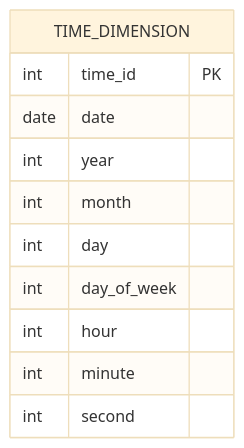
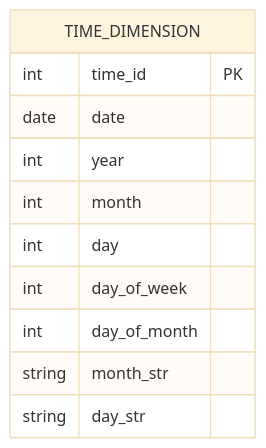
Before and after one commit to LONG-TERM-EFFECTS-OF-SUFFERING/Rapidos_y_Furiosos_data_warehouse: the sixth of 9 diagrams in dimensions_and_data_marts.md, drawn with Mermaid (base theme). The commit also changed 6 other files, not shown here.

````diff
--- a/dimensions_and_data_marts.md
+++ b/dimensions_and_data_marts.md
@@ -70,14 +70,14 @@
 ```MERMAID
 erDiagram
     TIME_DIMENSION {
         int time_id PK
         date date
         int year
         int month
         int day
         int day_of_week
-        int hour
-        int minute
-        int second
+        int day_of_month
+        string month_str
+        string day_str
     }
 ```
````
